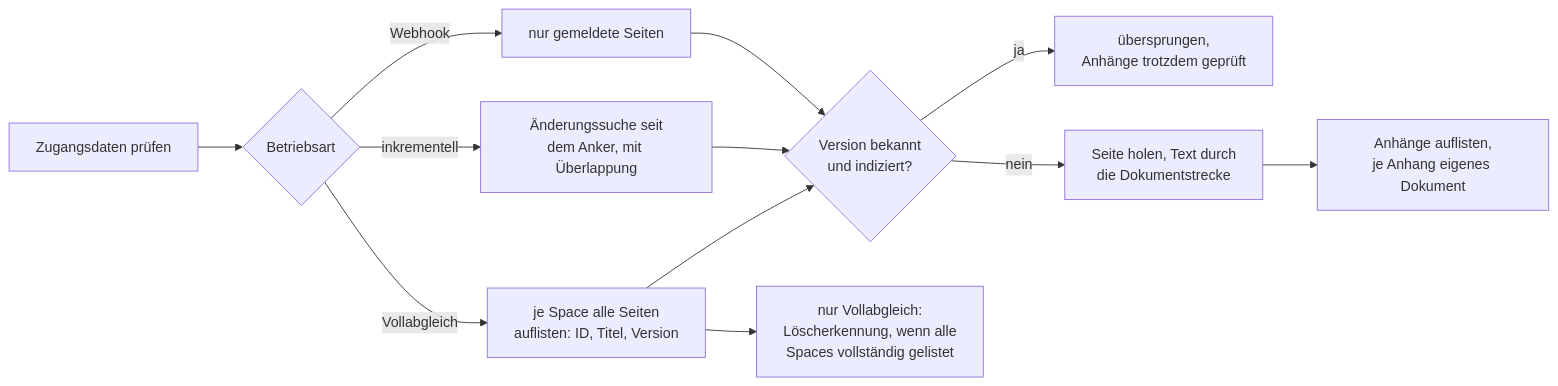
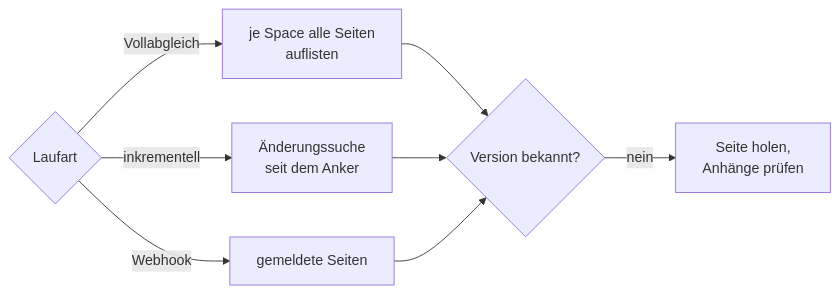
One commit to criew/opaa changed the second of 2 diagrams in docs/handbuch/konnektoren/confluence.md. Above: the diagram before and after it, drawn with Mermaid. The commit also changed other lines of this file, not shown here.

First line of the commit message:
docs(handbuch): Kapitel Confluence auf den gemeinsamen Aufbau bringen und straffen

````diff
--- a/docs/handbuch/konnektoren/confluence.md
+++ b/docs/handbuch/konnektoren/confluence.md
@@ -42,14 +80,10 @@
 ```mermaid
 flowchart LR
-    A[Zugangsdaten prüfen] --> B{Betriebsart}
-    B -- Vollabgleich --> L[je Space alle Seiten<br/>auflisten: ID, Titel, Version]
-    B -- inkrementell --> S[Änderungssuche seit<br/>dem Anker, mit Überlappung]
-    B -- Webhook --> W[nur gemeldete Seiten]
-    L --> V{Version bekannt<br/>und indiziert?}
+    B{Laufart} -- Vollabgleich --> L[je Space alle Seiten<br/>auflisten]
+    B -- inkrementell --> S[Änderungssuche<br/>seit dem Anker]
+    B -- Webhook --> W[gemeldete Seiten]
+    L --> V{Version bekannt?}
     S --> V
     W --> V
-    V -- ja --> SK[übersprungen,<br/>Anhänge trotzdem geprüft]
-    V -- nein --> P[Seite holen, Text durch<br/>die Dokumentstrecke]
-    P --> AT[Anhänge auflisten,<br/>je Anhang eigenes Dokument]
-    L --> R[nur Vollabgleich:<br/>Löscherkennung, wenn alle<br/>Spaces vollständig gelistet]
+    V -- nein --> P[Seite holen,<br/>Anhänge prüfen]
 ```
````
